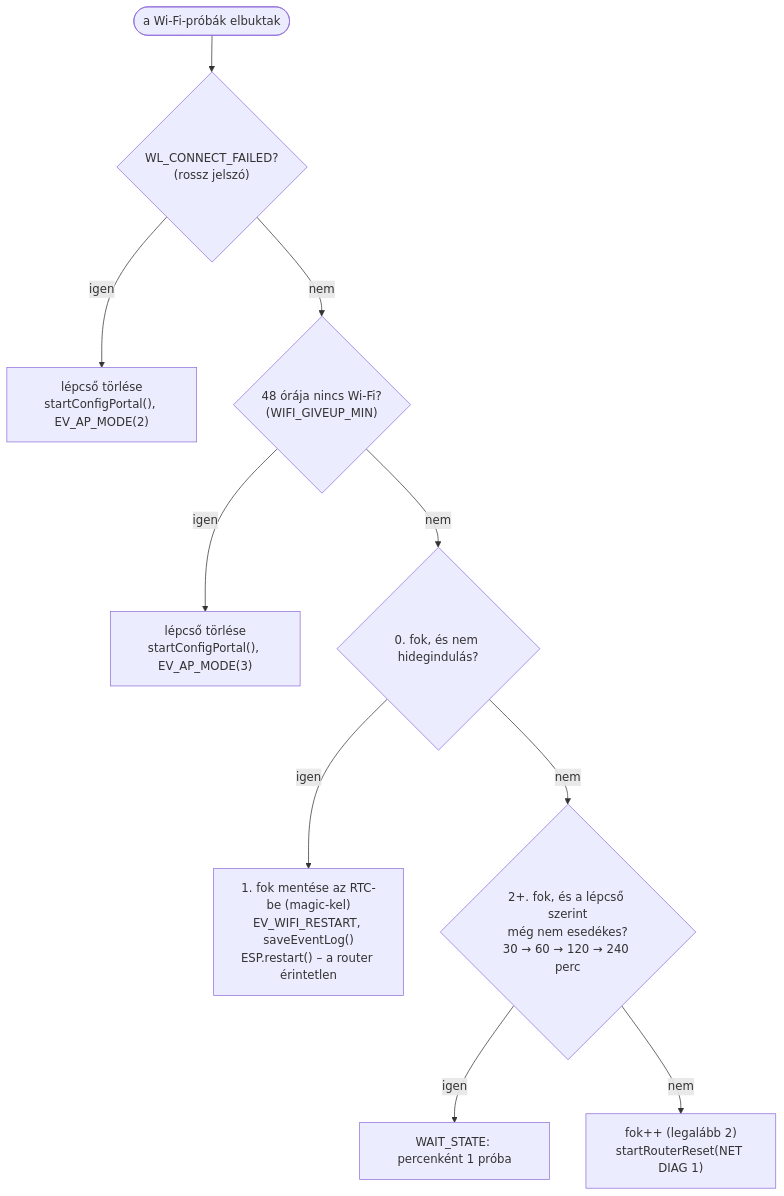
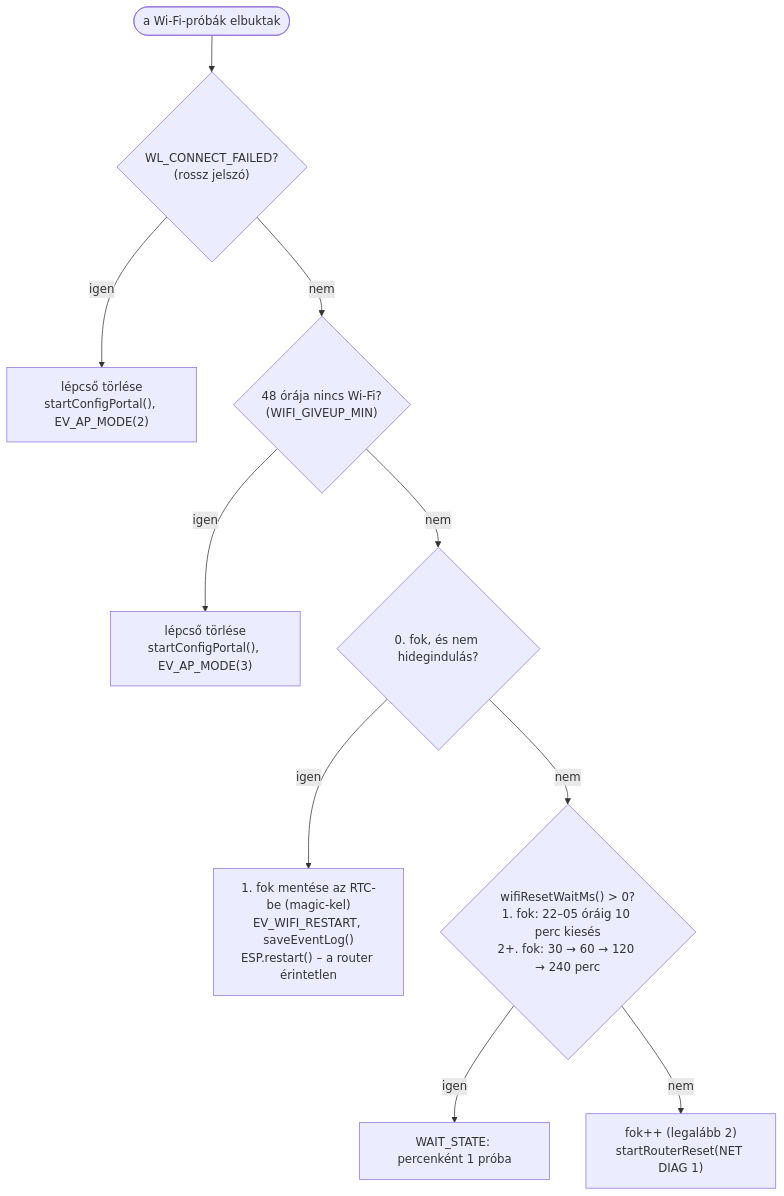
Before and after one commit to manszabi/bazsi-router-reboot: the seventh of 10 diagrams in FOLYAMATABRA.md, drawn with Mermaid. The commit also changed other lines of this file and 10 other files, not shown here.

First line of the commit message:
feat: ejszakai csendes idoszak (22:00-05:00): router-hiba miatti reset csak 10 perc utan

````diff
--- a/FOLYAMATABRA.md
+++ b/FOLYAMATABRA.md
@@ -212,12 +212,12 @@
 ```mermaid
 flowchart TD
     IN([a Wi-Fi-próbák elbuktak]) --> AUTH{"WL_CONNECT_FAILED?<br>(rossz jelszó)"}
     AUTH -->|igen| AP2["lépcső törlése<br>startConfigPortal(), EV_AP_MODE(2)"]
     AUTH -->|nem| GIVE{"48 órája nincs Wi-Fi?<br>(WIFI_GIVEUP_MIN)"}
     GIVE -->|igen| AP3["lépcső törlése<br>startConfigPortal(), EV_AP_MODE(3)"]
     GIVE -->|nem| S0{"0. fok, és nem hidegindulás?"}
     S0 -->|igen| RST["1. fok mentése az RTC-be (magic-kel)<br>EV_WIFI_RESTART, saveEventLog()<br>ESP.restart() – a router érintetlen"]
-    S0 -->|nem| PEND{"2+. fok, és a lépcső szerint<br>még nem esedékes?<br>30 → 60 → 120 → 240 perc"}
+    S0 -->|nem| PEND{"wifiResetWaitMs() > 0?<br>1. fok: 22–05 óráig 10 perc kiesés<br>2+. fok: 30 → 60 → 120 → 240 perc"}
     PEND -->|igen| WAIT["WAIT_STATE: percenként 1 próba"]
     PEND -->|nem| RR["fok++ (legalább 2)<br>startRouterReset(NET DIAG 1)"]
 ```
````
